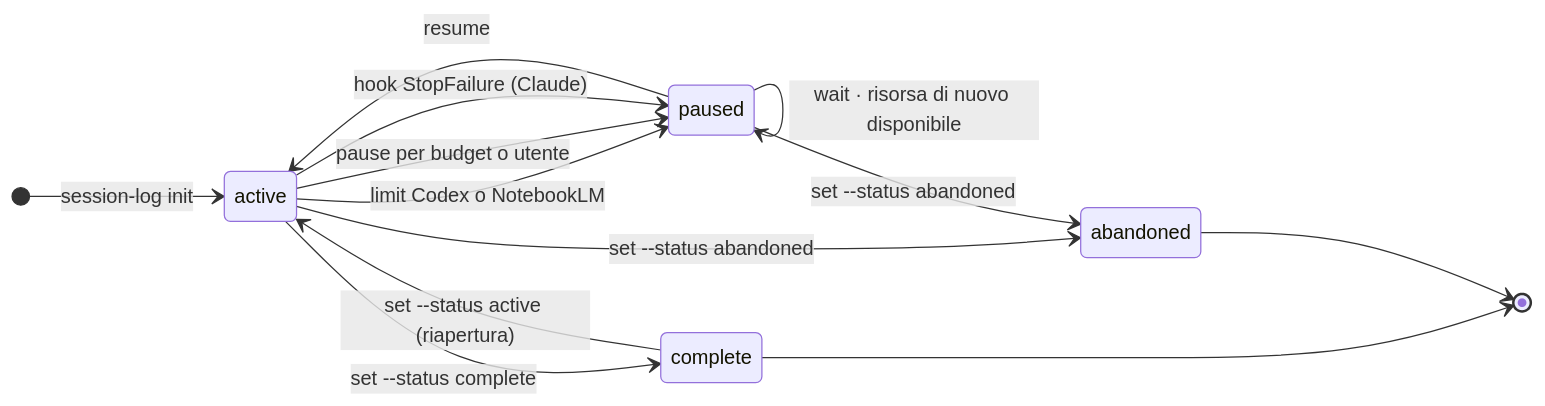
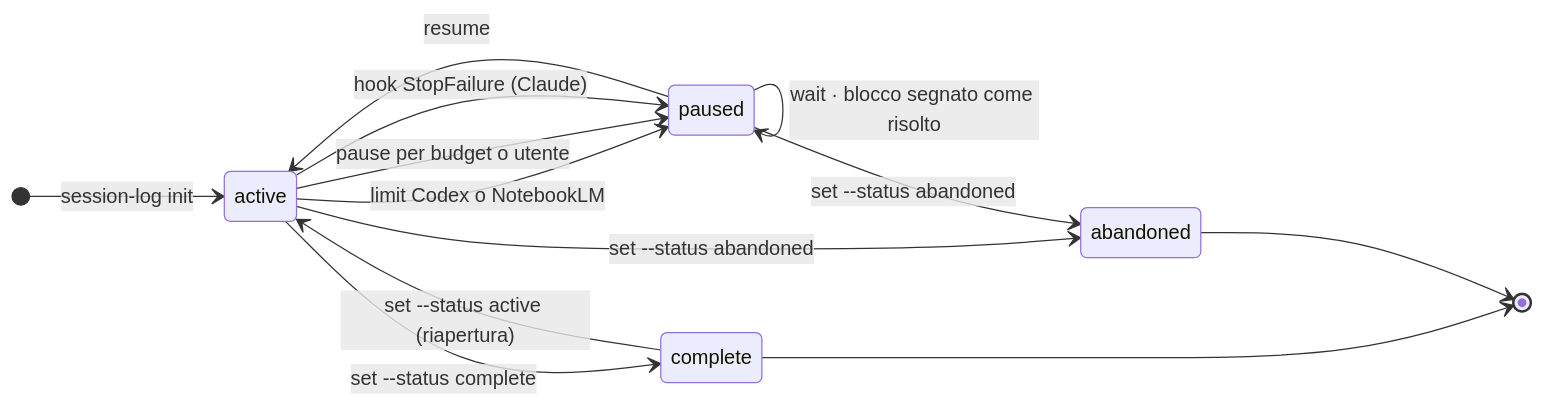
Before and after one commit to Joestick71/duel-vault: the sixth of 9 diagrams in ARCHITETTURA.md, drawn with Mermaid. The commit also changed other lines of this file and 6 other files, not shown here.

````diff
--- a/ARCHITETTURA.md
+++ b/ARCHITETTURA.md
@@ -432,16 +432,16 @@
 ```mermaid
 stateDiagram-v2
     direction LR
     [*] --> active: session-log init
     active --> paused: limit Codex o NotebookLM
     active --> paused: pause per budget o utente
     active --> paused: hook StopFailure (Claude)
-    paused --> paused: wait · risorsa di nuovo disponibile
+    paused --> paused: wait · blocco segnato come risolto
     paused --> active: resume
     active --> complete: set --status complete
     active --> abandoned: set --status abandoned
     paused --> abandoned: set --status abandoned
     complete --> active: set --status active (riapertura)
     complete --> [*]
     abandoned --> [*]
 ```
````
